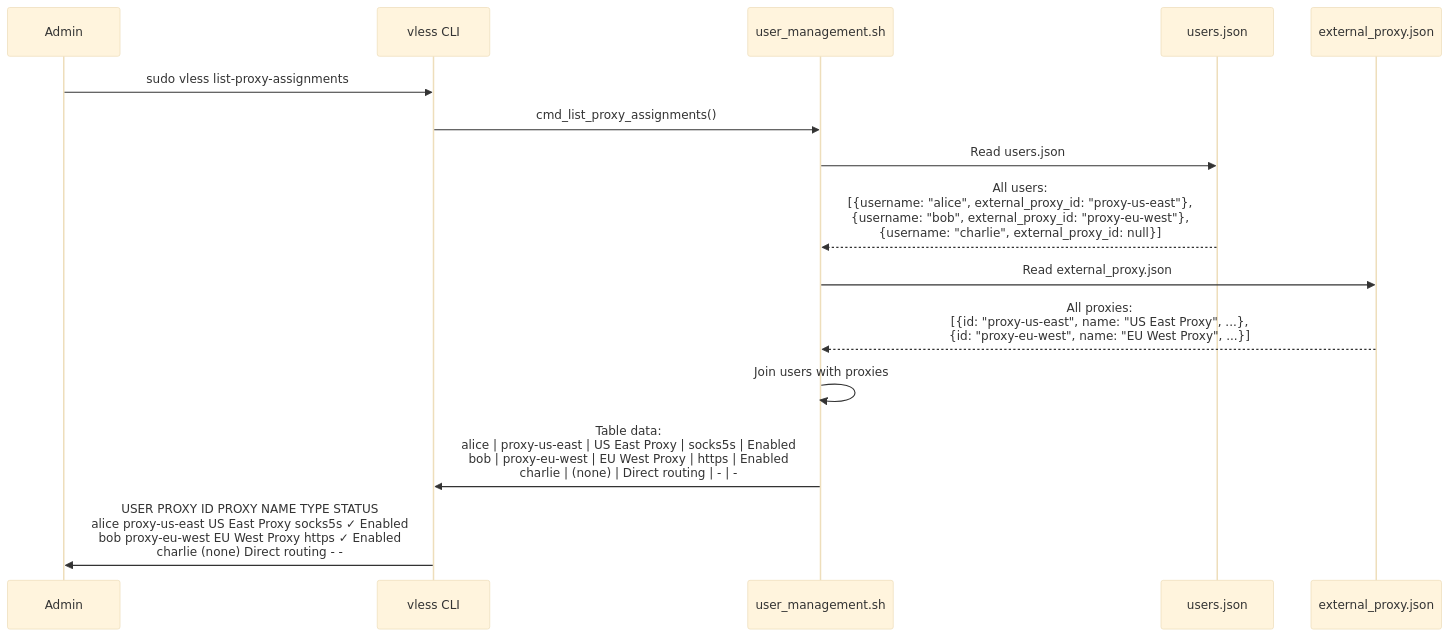
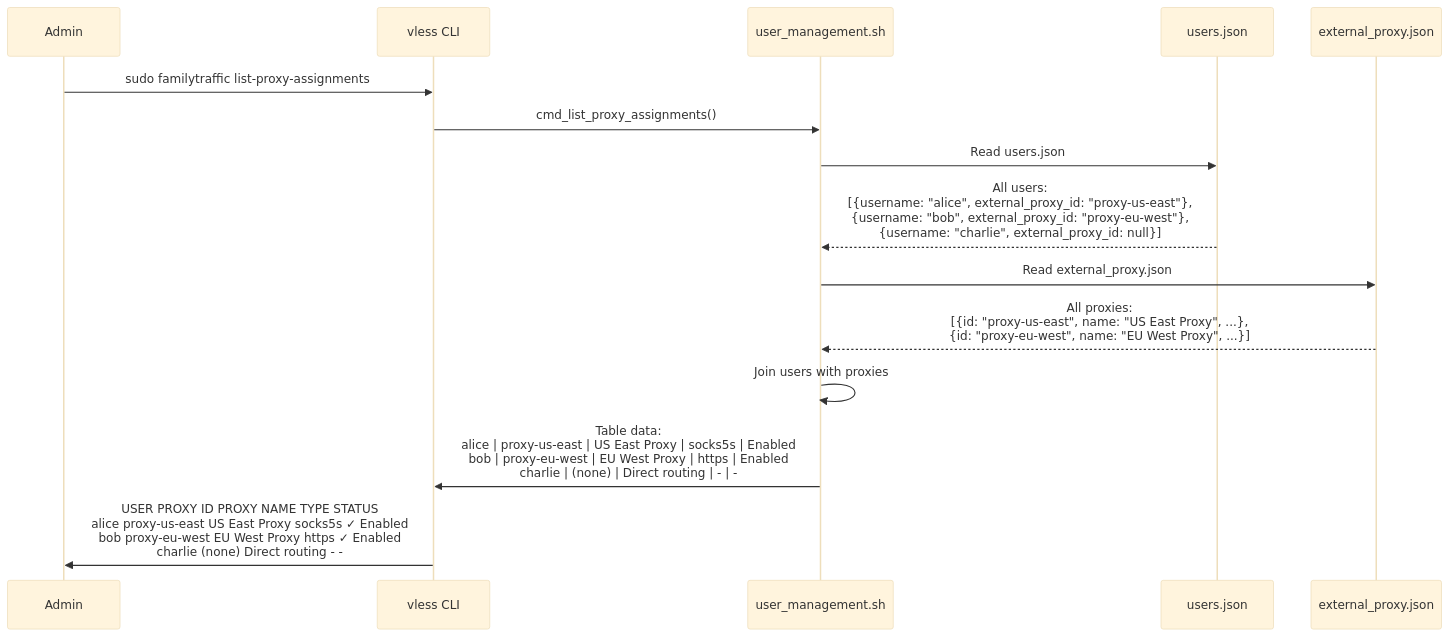
One commit to ikeniborn/vless changed the fifth of 9 diagrams in docs/architecture/diagrams/sequences/proxy-assignment.md. Above: the diagram before and after it, drawn with Mermaid (base theme). The commit also changed other lines of this file and 66 other files, not shown here.

First line of the commit message:
refactor(rename): replace old project name 'vless' with 'familytraffic'

````diff
--- a/docs/architecture/diagrams/sequences/proxy-assignment.md
+++ b/docs/architecture/diagrams/sequences/proxy-assignment.md
@@ -273,24 +273,24 @@
 ```mermaid
 sequenceDiagram
     participant Admin
     participant CLI as vless CLI
     participant UserMgmt as user_management.sh
     participant UsersDB as users.json
     participant ProxyDB as external_proxy.json
 
-    Admin->>CLI: sudo vless list-proxy-assignments
+    Admin->>CLI: sudo familytraffic list-proxy-assignments
 
     CLI->>UserMgmt: cmd_list_proxy_assignments()
 
     UserMgmt->>UsersDB: Read users.json
     UsersDB-->>UserMgmt: All users:<br/>[{username: "alice", external_proxy_id: "proxy-us-east"},<br/> {username: "bob", external_proxy_id: "proxy-eu-west"},<br/> {username: "charlie", external_proxy_id: null}]
 
     UserMgmt->>ProxyDB: Read external_proxy.json
     ProxyDB-->>UserMgmt: All proxies:<br/>[{id: "proxy-us-east", name: "US East Proxy", ...},<br/> {id: "proxy-eu-west", name: "EU West Proxy", ...}]
 
     UserMgmt->>UserMgmt: Join users with proxies
 
     UserMgmt->>CLI: Table data:<br/>alice | proxy-us-east | US East Proxy | socks5s | Enabled<br/>bob | proxy-eu-west | EU West Proxy | https | Enabled<br/>charlie | (none) | Direct routing | - | -
 
     CLI->>Admin: USER       PROXY ID         PROXY NAME        TYPE      STATUS<br/>alice      proxy-us-east    US East Proxy     socks5s   ✓ Enabled<br/>bob        proxy-eu-west    EU West Proxy     https     ✓ Enabled<br/>charlie    (none)           Direct routing    -         -
 ```
````
